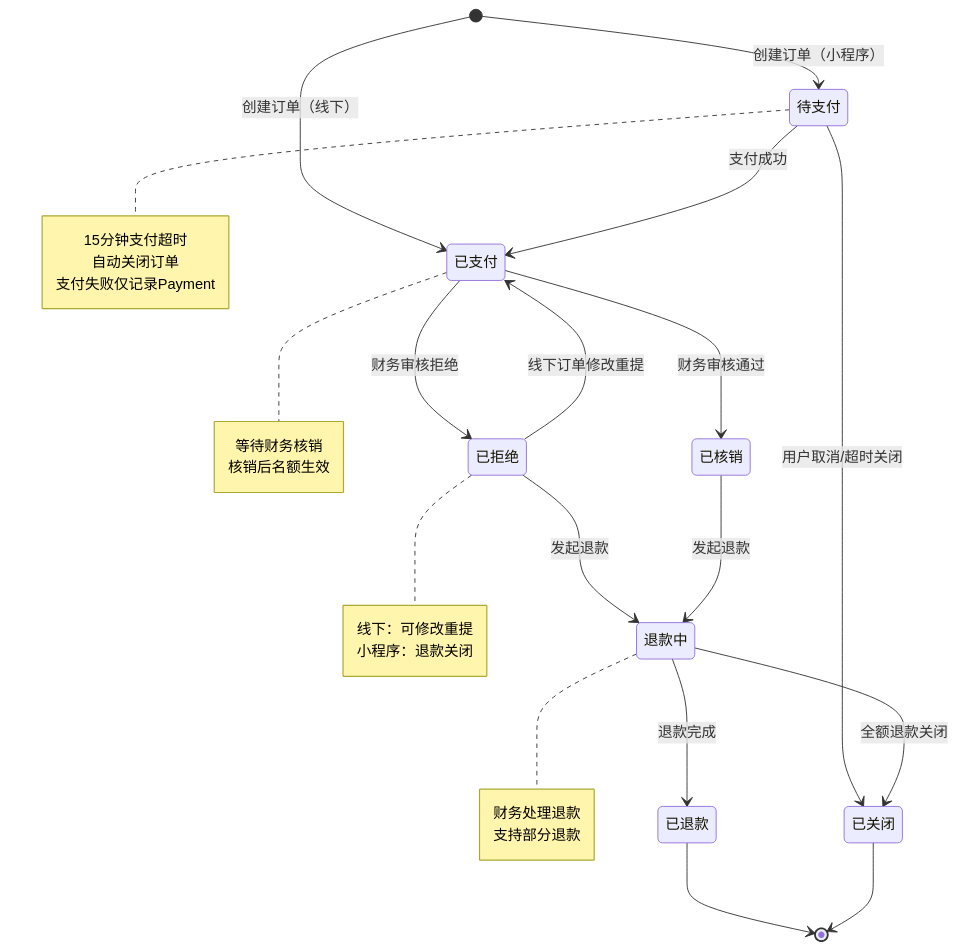
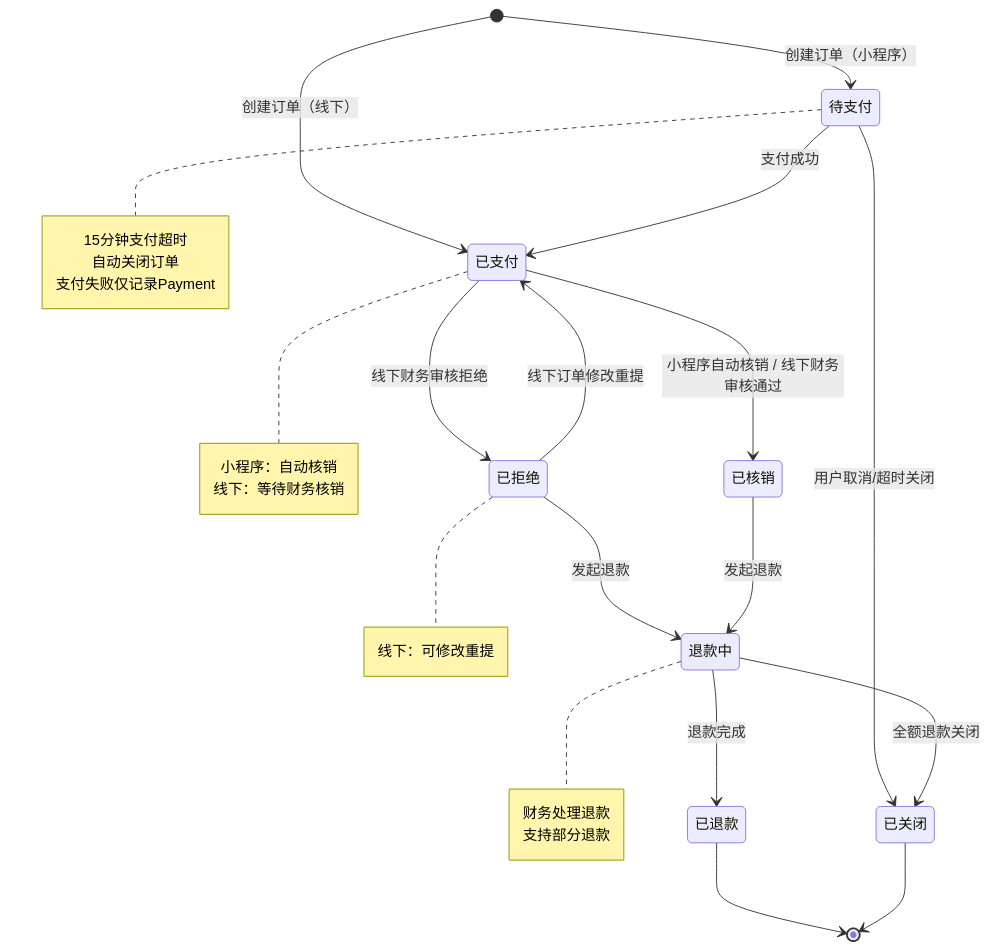
One commit to zingxy/side-job changed the fourth of 8 diagrams in 课程培训平台/PRD.md. Above: the diagram before and after it, drawn with Mermaid. The commit also changed other lines of this file and 1 other file, not shown here.

````diff
--- a/课程培训平台/PRD.md
+++ b/课程培训平台/PRD.md
@@ -638,37 +254,36 @@
 ```mermaid
 stateDiagram-v2
     [*] --> 待支付 : 创建订单（小程序）
     [*] --> 已支付 : 创建订单（线下）
     待支付 --> 已支付 : 支付成功
     待支付 --> 已关闭 : 用户取消/超时关闭
-    已支付 --> 已核销 : 财务审核通过
-    已支付 --> 已拒绝 : 财务审核拒绝
+    已支付 --> 已核销 : 小程序自动核销 / 线下财务审核通过
+    已支付 --> 已拒绝 : 线下财务审核拒绝
     已拒绝 --> 已支付 : 线下订单修改重提
     已拒绝 --> 退款中 : 发起退款
     已核销 --> 退款中 : 发起退款
     退款中 --> 已退款 : 退款完成
     退款中 --> 已关闭 : 全额退款关闭
     已退款 --> [*]
     已关闭 --> [*]
 
     note right of 待支付
         15分钟支付超时
         自动关闭订单
         支付失败仅记录Payment
     end note
 
     note right of 已支付
-        等待财务核销
-        核销后名额生效
+        小程序：自动核销
+        线下：等待财务核销
     end note
 
     note right of 已拒绝
         线下：可修改重提
-        小程序：退款关闭
     end note
 
     note right of 退款中
         财务处理退款
         支持部分退款
     end note
 ```
````
